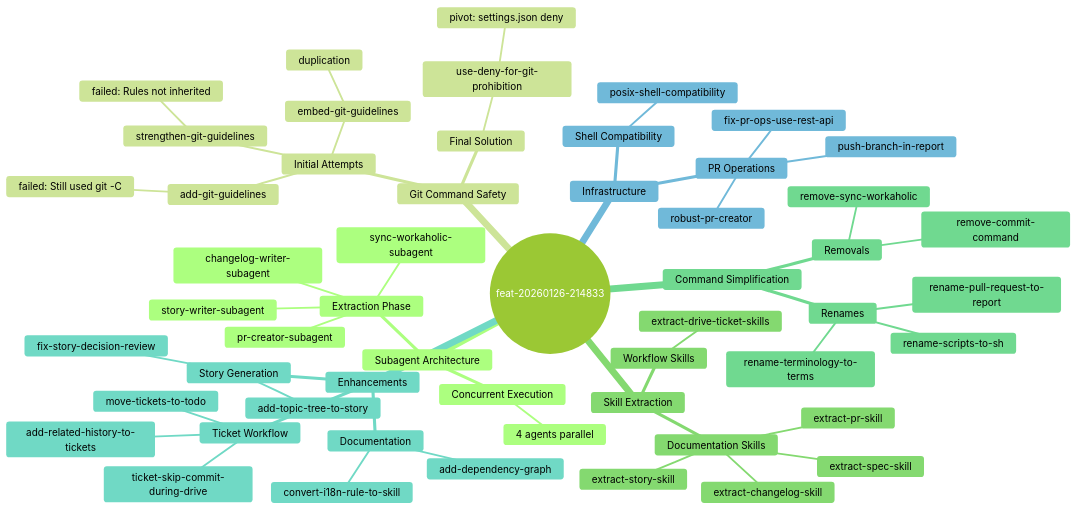
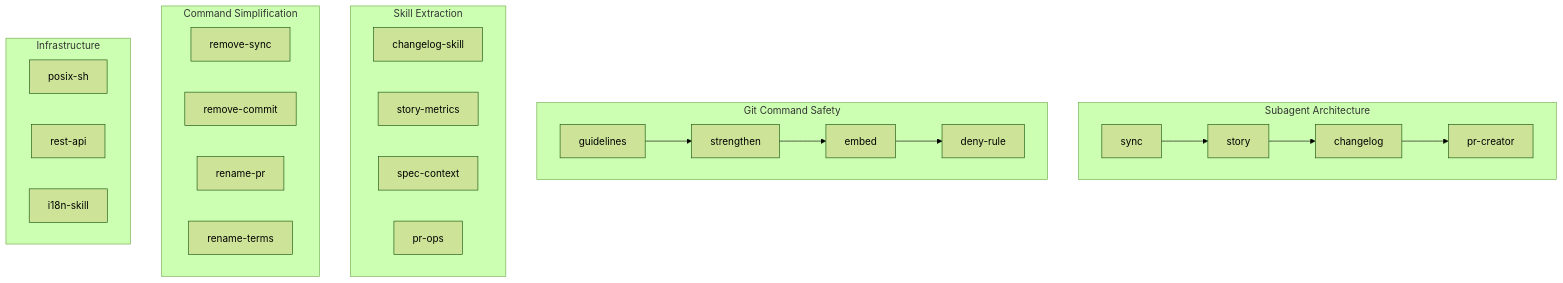
Before and after one commit to qmu/workaholic: the diagram in .workaholic/stories/feat-20260126-214833.md, drawn with Mermaid (forest theme).

Commit message:
Update story topic tree to flowchart

````diff
--- a/.workaholic/stories/feat-20260126-214833.md
+++ b/.workaholic/stories/feat-20260126-214833.md
@@ -15,57 +15,18 @@
 ```mermaid
-mindmap
-  root((feat-20260126-214833))
-    Subagent Architecture
-      Extraction Phase
-        sync-workaholic-subagent
-        story-writer-subagent
-        changelog-writer-subagent
-        pr-creator-subagent
-      Concurrent Execution
-        4 agents parallel
-    Git Command Safety
-      Initial Attempts
-        add-git-guidelines
-          failed: Still used git -C
-        strengthen-git-guidelines
-          failed: Rules not inherited
-        embed-git-guidelines
-          duplication
-      Final Solution
-        use-deny-for-git-prohibition
-          pivot: settings.json deny
-    Skill Extraction
-      Documentation Skills
-        extract-changelog-skill
-        extract-story-skill
-        extract-spec-skill
-        extract-pr-skill
-      Workflow Skills
-        extract-drive-ticket-skills
-    Command Simplification
-      Removals
-        remove-sync-workaholic
-        remove-commit-command
-      Renames
-        rename-pull-request-to-report
-        rename-terminology-to-terms
-        rename-scripts-to-sh
-    Enhancements
-      Story Generation
-        add-topic-tree-to-story
-        fix-story-decision-review
-      Ticket Workflow
-        add-related-history-to-tickets
-        ticket-skip-commit-during-drive
-        move-tickets-to-todo
-      Documentation
-        add-dependency-graph
-        convert-i18n-rule-to-skill
-    Infrastructure
-      PR Operations
-        robust-pr-creator
-        push-branch-in-report
-        fix-pr-ops-use-rest-api
-      Shell Compatibility
-        posix-shell-compatibility
+flowchart TD
+  subgraph Subagents[Subagent Architecture]
+    sync --> story --> changelog --> pr-creator
+  end
+  subgraph GitSafety[Git Command Safety]
+    guidelines --> strengthen --> embed --> deny-rule
+  end
+  subgraph Skills[Skill Extraction]
+    changelog-skill & story-metrics & spec-context & pr-ops
+  end
+  subgraph Commands[Command Simplification]
+    remove-sync & remove-commit & rename-pr & rename-terms
+  end
+  subgraph Infra[Infrastructure]
+    posix-sh & rest-api & i18n-skill
+  end
 ```
````
